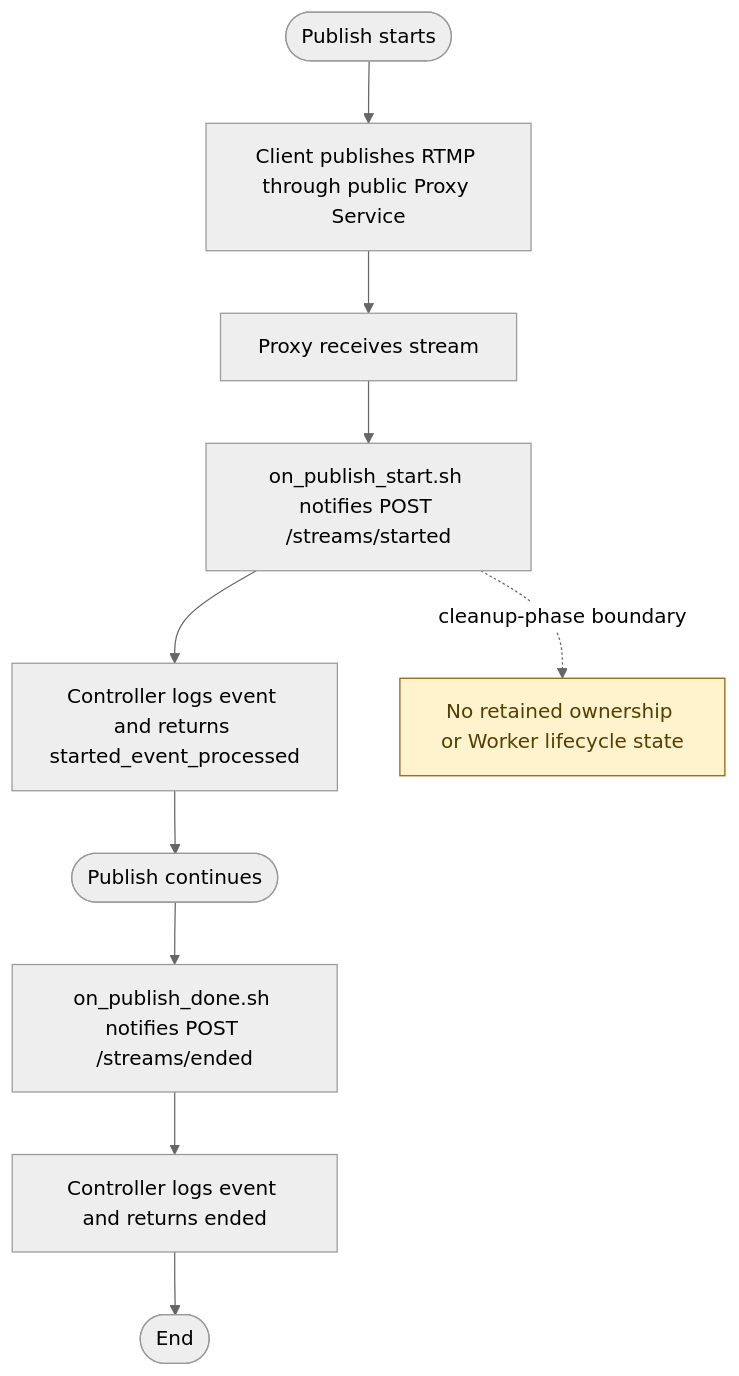
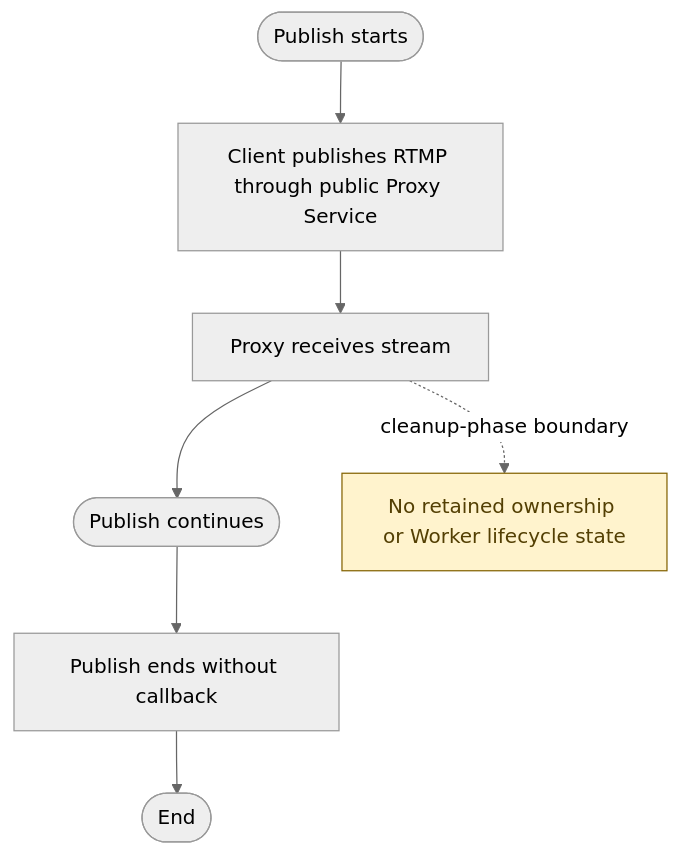
Before and after one commit to JadsonLucena/LiveEdgeCast: the diagram in diagrams/activity-flow.mmd, drawn with Mermaid (neutral theme). The commit also changed 11 other files, not shown here.

```diff
--- a/diagrams/activity-flow.mmd
+++ b/diagrams/activity-flow.mmd
@@ -1,13 +1,10 @@
 flowchart TD
     A([Publish starts]) --> B[Client publishes RTMP through public Proxy Service]
     B --> C[Proxy receives stream]
-    C --> D[on_publish_start.sh notifies POST /streams/started]
-    D --> E[Controller logs event and returns started_event_processed]
-    E --> F([Publish continues])
-    F --> G[on_publish_done.sh notifies POST /streams/ended]
-    G --> H[Controller logs event and returns ended]
-    H --> I([End])
+    C --> D([Publish continues])
+    D --> E[Publish ends without callback]
+    E --> F([End])
 
     W[No retained ownership or Worker lifecycle state]:::note
-    D -. cleanup-phase boundary .-> W
+    C -. cleanup-phase boundary .-> W
     classDef note fill:#fff3cd,stroke:#856404,color:#533f03
```
